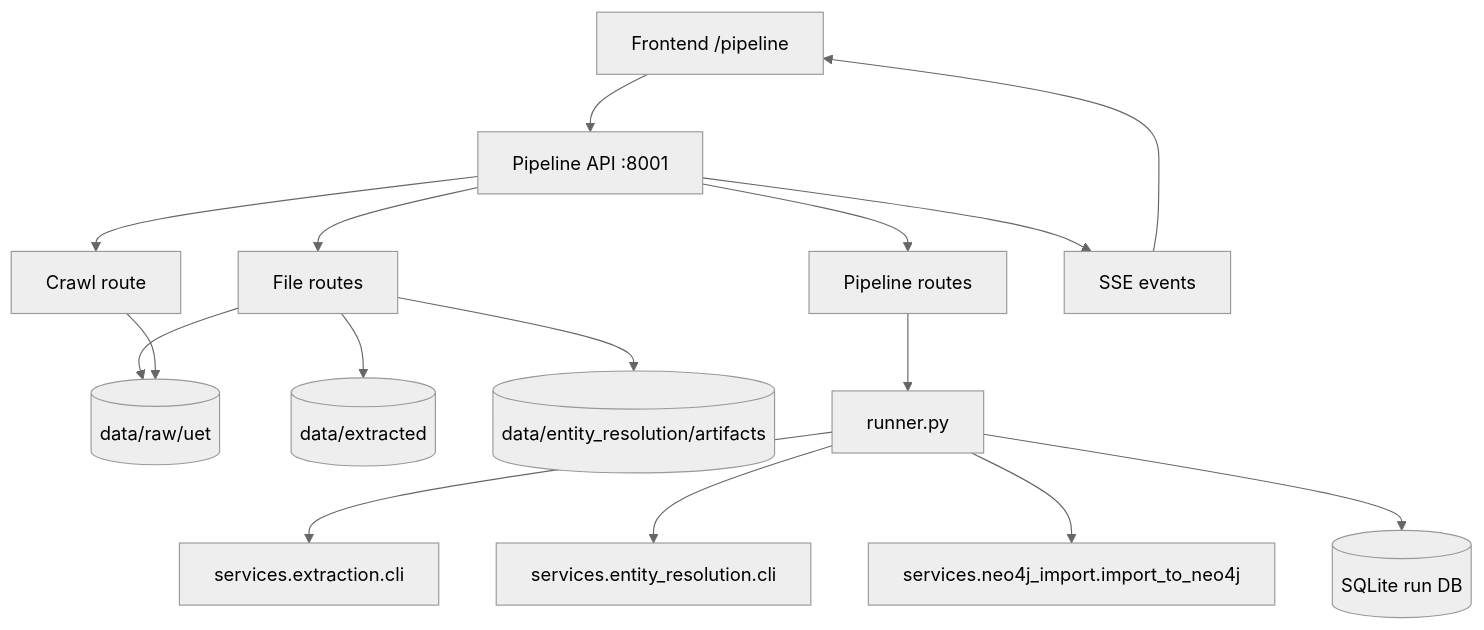
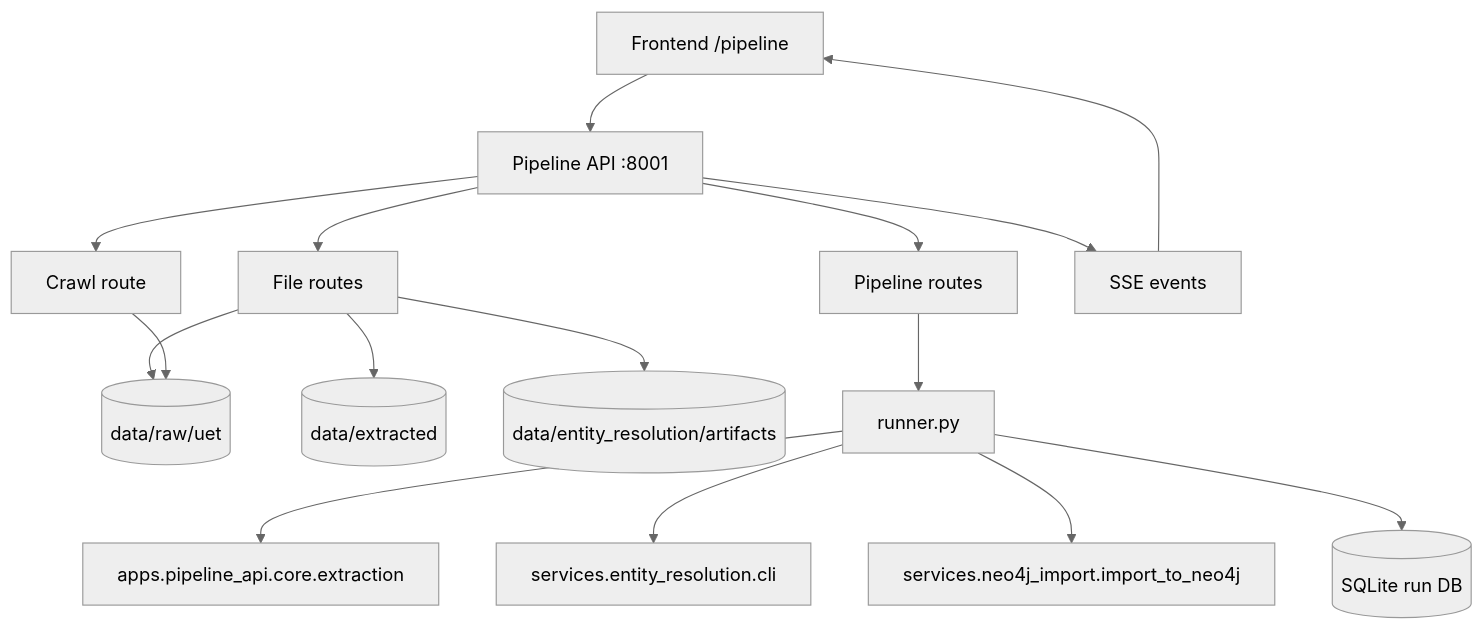
Before and after one commit to quyen20345/KGsAuto: the first of 3 diagrams in apps/pipeline_api/README.md, drawn with Mermaid (neutral theme). The commit also changed other lines of this file and 129 other files, not shown here.

````diff
--- a/apps/pipeline_api/README.md
+++ b/apps/pipeline_api/README.md
@@ -7,21 +7,21 @@
 ```mermaid
 flowchart TB
     UI[Frontend /pipeline] --> API[Pipeline API :8001]
 
     API --> Files[File routes]
     API --> Crawl[Crawl route]
     API --> Runs[Pipeline routes]
     API --> Events[SSE events]
 
     Files --> Raw[(data/raw/uet)]
     Files --> Extracted[(data/extracted)]
     Files --> Artifacts[(data/entity_resolution/artifacts)]
     Crawl --> Raw
 
     Runs --> Runner[runner.py]
-    Runner --> Extraction[services.extraction.cli]
+    Runner --> Extraction[apps.pipeline_api.core.extraction]
     Runner --> EntityResolution[services.entity_resolution.cli]
     Runner --> Import[services.neo4j_import.import_to_neo4j]
     Runner --> DB[(SQLite run DB)]
     Events --> UI
 ```
````
